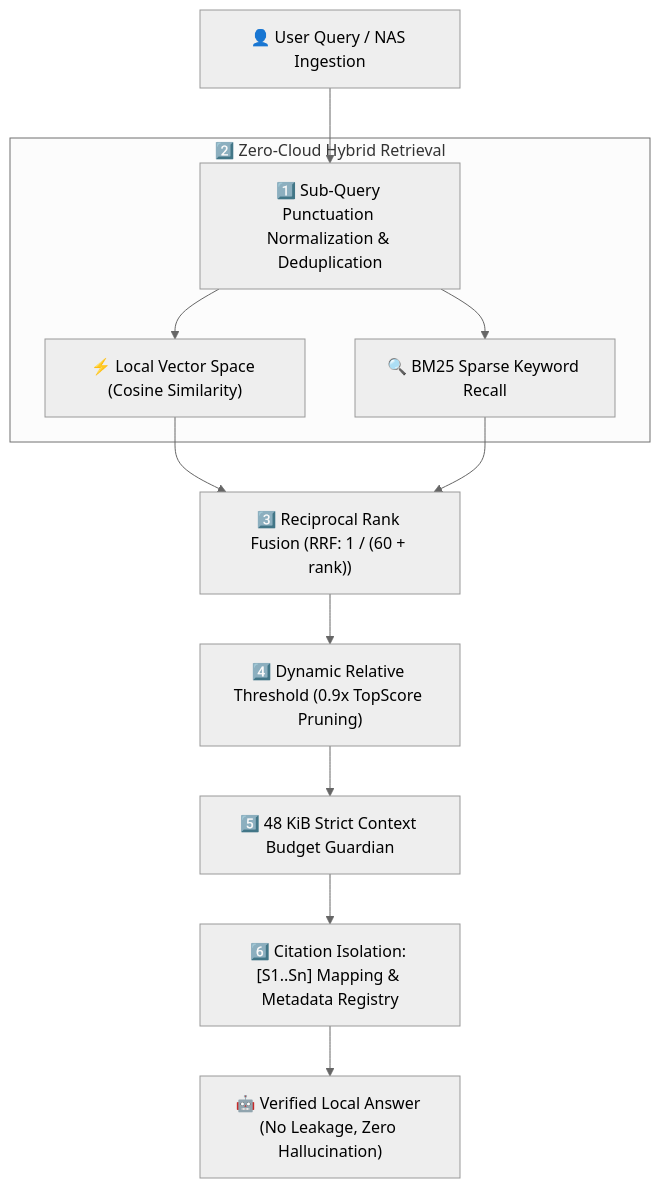
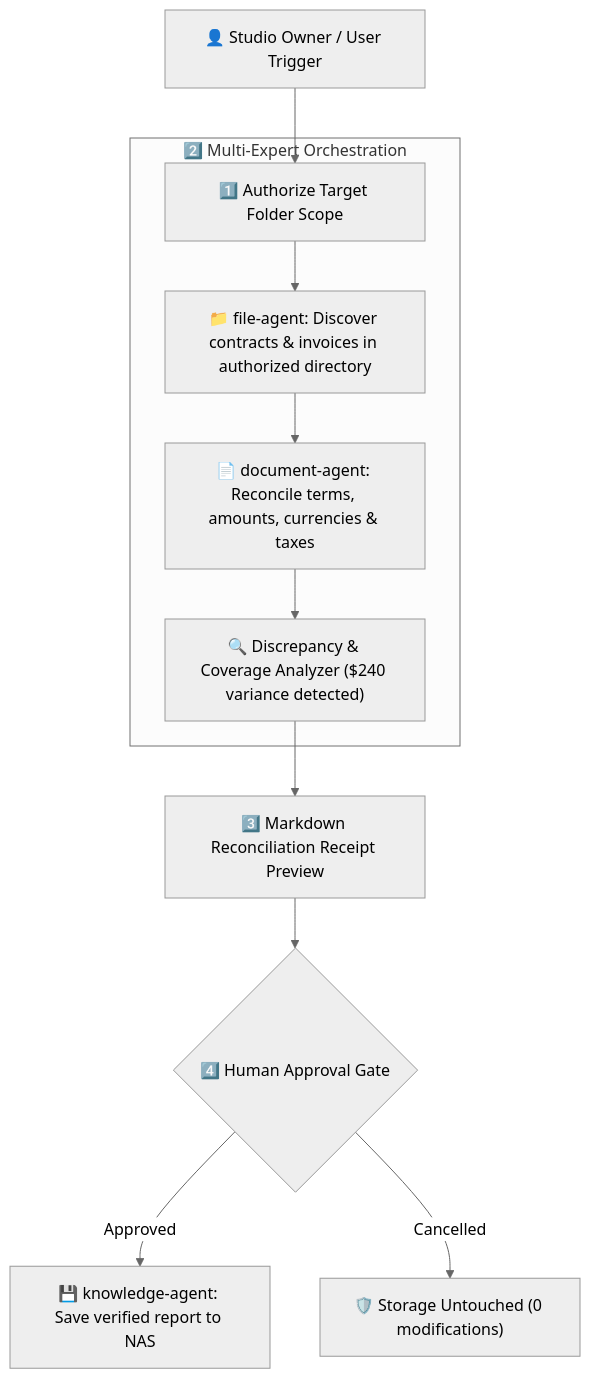
The diagram in README.md (jakelihua/vaultmind), drawn with Mermaid (neutral theme) before and after one commit. The commit also changed other lines of this file and 14 other files, not shown here.

Commit message:
fix(reconcile): align with Uliya v0.7.3 standard, fix budget guard & citations, seed studio reconciliation fixtures

````diff
--- a/README.md
+++ b/README.md
@@ -36,20 +37,16 @@
 ```mermaid
 flowchart TD
-    User["👤 User Query / NAS Ingestion"] --> Normalizer["1️⃣ Sub-Query Punctuation Normalization & Deduplication"]
+    User["👤 Studio Owner / User Trigger"] --> FolderAuth["1️⃣ Authorize Target Folder Scope"]
     
-    subgraph Local_Hybrid_Retrieval["2️⃣ Zero-Cloud Hybrid Retrieval"]
-        Normalizer --> Dense["⚡ Local Vector Space (Cosine Similarity)"]
-        Normalizer --> Sparse["🔍 BM25 Sparse Keyword Recall"]
+    subgraph Local_Reconciliation_Pipeline["2️⃣ Multi-Expert Orchestration"]
+        FolderAuth --> FileAgent["📁 file-agent: Discover contracts & invoices in authorized directory"]
+        FileAgent --> DocAgent["📄 document-agent: Reconcile terms, amounts, currencies & taxes"]
+        DocAgent --> DiffEngine["🔍 Discrepancy & Coverage Analyzer ($240 variance detected)"]
     end
 
-    Dense --> Fusion["3️⃣ Reciprocal Rank Fusion (RRF: 1 / (60 + rank))"]
-    Sparse --> Fusion
-
-    Fusion --> RelativeCutoff["4️⃣ Dynamic Relative Threshold (0.9x TopScore Pruning)"]
+    DiffEngine --> Receipt["3️⃣ Markdown Reconciliation Receipt Preview"]
+    Receipt --> UserGate{"4️⃣ Human Approval Gate"}
     
-    RelativeCutoff --> BudgetGuard["5️⃣ 48 KiB Strict Context Budget Guardian"]
-    
-    BudgetGuard --> CitationIsolation["6️⃣ Citation Isolation: [S1..Sn] Mapping & Metadata Registry"]
-    
-    CitationIsolation --> ModelAnswer["🤖 Verified Local Answer (No Leakage, Zero Hallucination)"]
+    UserGate -- "Approved" --> SaveAgent["💾 knowledge-agent: Save verified report to NAS"]
+    UserGate -- "Cancelled" --> Untouched["🛡️ Storage Untouched (0 modifications)"]
 ```
````
